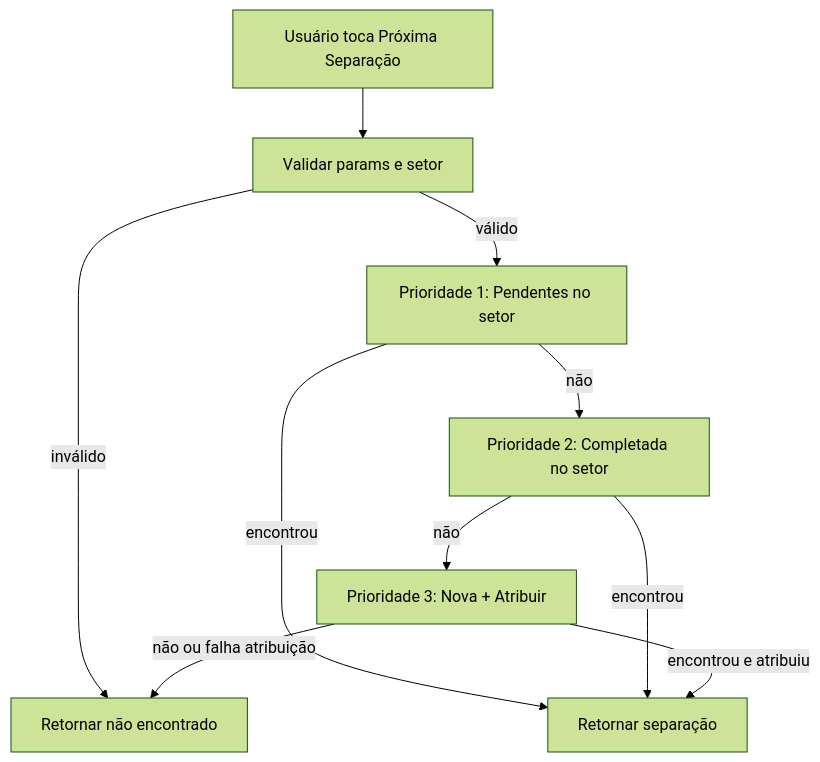
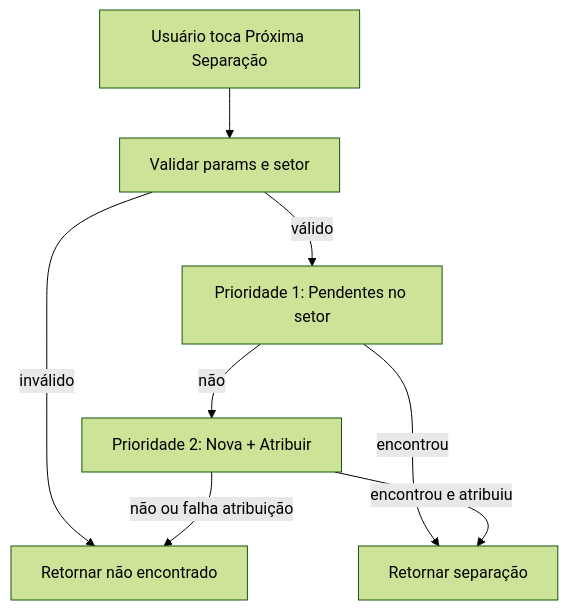
One commit to cesar-carlos/flutter-expedicao-app changed the diagram in docs/proxima_separacao/regras_negocio_e_implementacao.md. Above: the diagram before and after it, drawn with Mermaid (forest theme). The commit also changed other lines of this file and 4 other files, not shown here.

````diff
--- a/docs/proxima_separacao/regras_negocio_e_implementacao.md
+++ b/docs/proxima_separacao/regras_negocio_e_implementacao.md
@@ -149,20 +142,17 @@
 ```mermaid
 flowchart TD
   Start[Usuário toca Próxima Separação]
   Validate[Validar params e setor]
   P1[Prioridade 1: Pendentes no setor]
-  P2[Prioridade 2: Completada no setor]
-  P3[Prioridade 3: Nova + Atribuir]
+  P2[Prioridade 2: Nova + Atribuir]
   ReturnFound[Retornar separação]
   ReturnNotFound[Retornar não encontrado]
 
   Start --> Validate
   Validate -->|inválido| ReturnNotFound
   Validate -->|válido| P1
   P1 -->|encontrou| ReturnFound
   P1 -->|não| P2
-  P2 -->|encontrou| ReturnFound
-  P2 -->|não| P3
-  P3 -->|encontrou e atribuiu| ReturnFound
-  P3 -->|não ou falha atribuição| ReturnNotFound
+  P2 -->|encontrou e atribuiu| ReturnFound
+  P2 -->|não ou falha atribuição| ReturnNotFound
 ```
````
